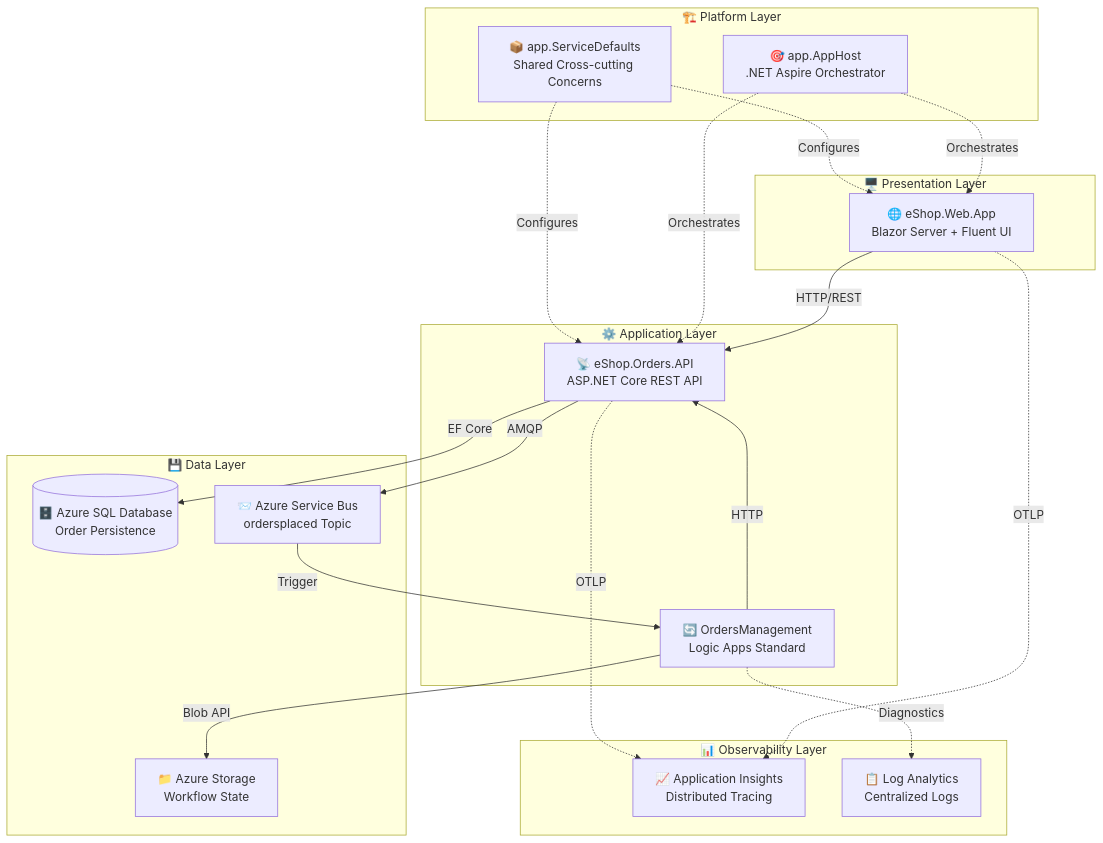
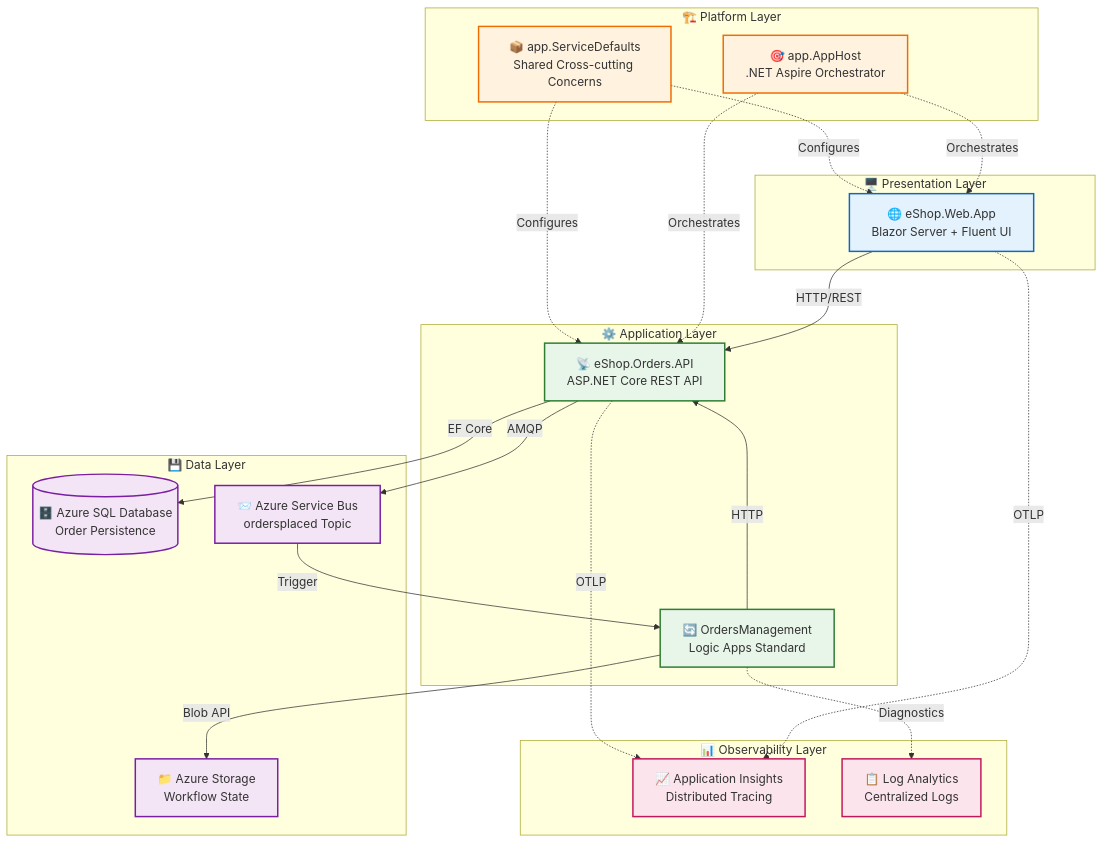
One commit to Evilazaro/Azure-LogicApps-Monitoring changed the diagram in README.md. Above: the diagram before and after it, drawn with Mermaid. The commit also changed 1 other file, not shown here.

Commit message:
Enhance documentation: add Mermaid diagram themes for improved visualization in data architecture and README

````diff
--- a/README.md
+++ b/README.md
@@ -40,43 +40,55 @@
 ```mermaid
 flowchart TD
     subgraph Presentation["🖥️ Presentation Layer"]
         WebApp["🌐 eShop.Web.App<br/>Blazor Server + Fluent UI"]
     end
 
     subgraph Application["⚙️ Application Layer"]
         API["📡 eShop.Orders.API<br/>ASP.NET Core REST API"]
         LogicApp["🔄 OrdersManagement<br/>Logic Apps Standard"]
     end
 
     subgraph Platform["🏗️ Platform Layer"]
         Aspire["🎯 app.AppHost<br/>.NET Aspire Orchestrator"]
         Defaults["📦 app.ServiceDefaults<br/>Shared Cross-cutting Concerns"]
     end
 
     subgraph Data["💾 Data Layer"]
         SQL[("🗄️ Azure SQL Database<br/>Order Persistence")]
         ServiceBus["📨 Azure Service Bus<br/>ordersplaced Topic"]
         Storage["📁 Azure Storage<br/>Workflow State"]
     end
 
     subgraph Observability["📊 Observability Layer"]
         AppInsights["📈 Application Insights<br/>Distributed Tracing"]
         LogAnalytics["📋 Log Analytics<br/>Centralized Logs"]
     end
 
     WebApp -->|"HTTP/REST"| API
     API -->|"EF Core"| SQL
     API -->|"AMQP"| ServiceBus
     ServiceBus -->|"Trigger"| LogicApp
     LogicApp -->|"HTTP"| API
     LogicApp -->|"Blob API"| Storage
 
     Aspire -.->|"Orchestrates"| WebApp
     Aspire -.->|"Orchestrates"| API
     Defaults -.->|"Configures"| WebApp
     Defaults -.->|"Configures"| API
 
     WebApp -.->|"OTLP"| AppInsights
     API -.->|"OTLP"| AppInsights
     LogicApp -.->|"Diagnostics"| LogAnalytics
+
+    classDef presentation fill:#e3f2fd,stroke:#1565c0,stroke-width:2px
+    classDef application fill:#e8f5e9,stroke:#2e7d32,stroke-width:2px
+    classDef platform fill:#fff3e0,stroke:#ef6c00,stroke-width:2px
+    classDef data fill:#f3e5f5,stroke:#7b1fa2,stroke-width:2px
+    classDef observability fill:#fce4ec,stroke:#c2185b,stroke-width:2px
+
+    class WebApp presentation
+    class API,LogicApp application
+    class Aspire,Defaults platform
+    class SQL,ServiceBus,Storage data
+    class AppInsights,LogAnalytics observability
 ```
````
